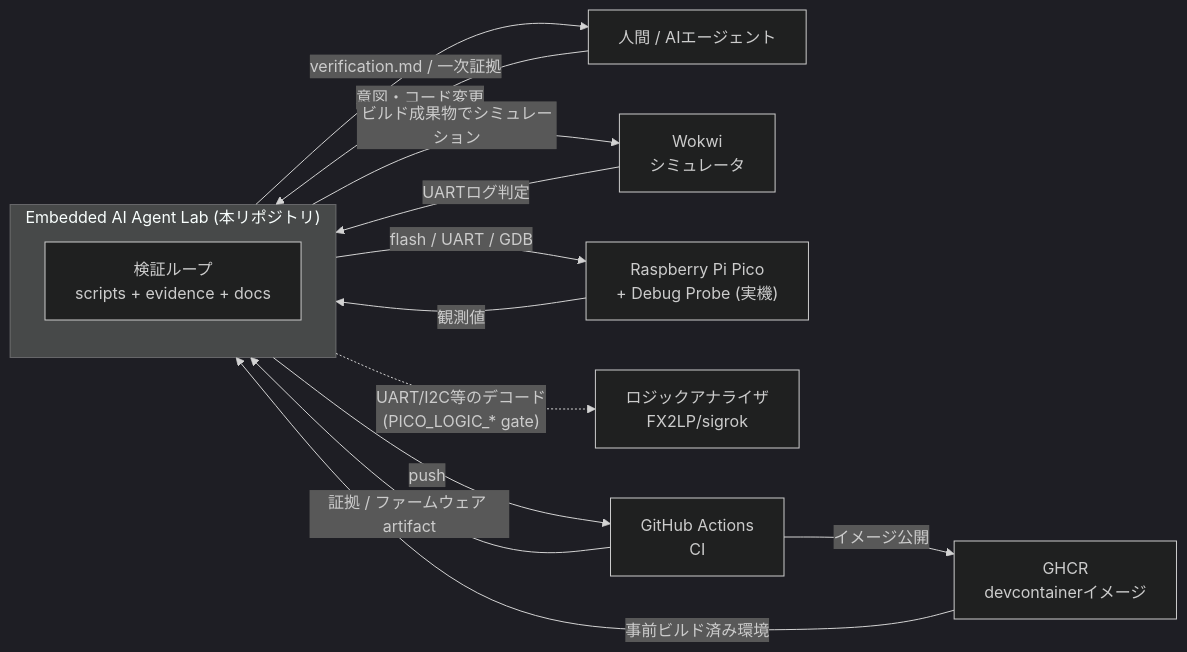
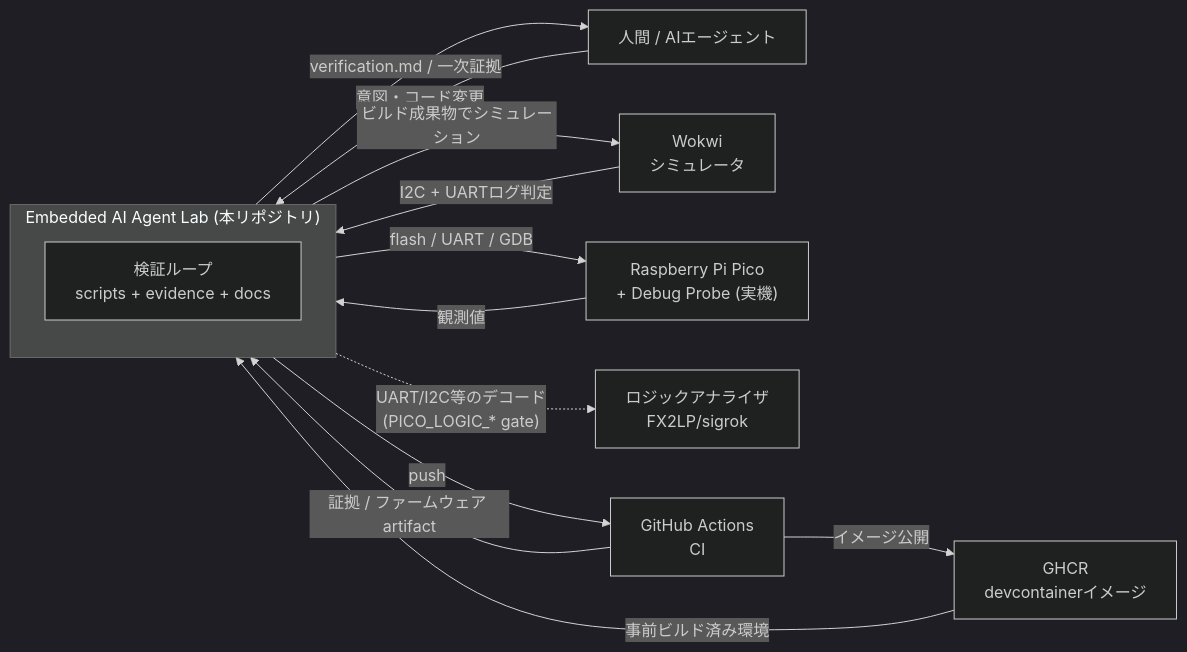
One commit to capybara-works/pico-sdk-blink changed the diagram in docs/architecture/01_context.md. Above: the diagram before and after it, drawn with Mermaid (dark theme). The commit also changed 24 other files, not shown here.

````diff
--- a/docs/architecture/01_context.md
+++ b/docs/architecture/01_context.md
@@ -6,24 +6,24 @@
 ```mermaid
 flowchart LR
     human["人間 / AIエージェント"]
     subgraph lab["Embedded AI Agent Lab (本リポジトリ)"]
         core["検証ループ<br/>scripts + evidence + docs"]
     end
     wokwi["Wokwi<br/>シミュレータ"]
     hw["Raspberry Pi Pico<br/>+ Debug Probe (実機)"]
     la["ロジックアナライザ<br/>FX2LP/sigrok"]
     ci["GitHub Actions<br/>CI"]
     ghcr["GHCR<br/>devcontainerイメージ"]
 
     human -->|"意図・コード変更"| lab
     lab -->|"verification.md / 一次証拠"| human
     lab -->|"ビルド成果物でシミュレーション"| wokwi
-    wokwi -->|"UARTログ判定"| lab
+    wokwi -->|"I2C + UARTログ判定"| lab
     lab -->|"flash / UART / GDB"| hw
     hw -->|"観測値"| lab
     lab -.->|"UART/I2C等のデコード<br/>(PICO_LOGIC_* gate)"| la
     lab -->|"push"| ci
     ci -->|"証拠 / ファームウェア artifact"| lab
     ghcr -->|"事前ビルド済み環境"| lab
     ci -->|"イメージ公開"| ghcr
 ```
````
